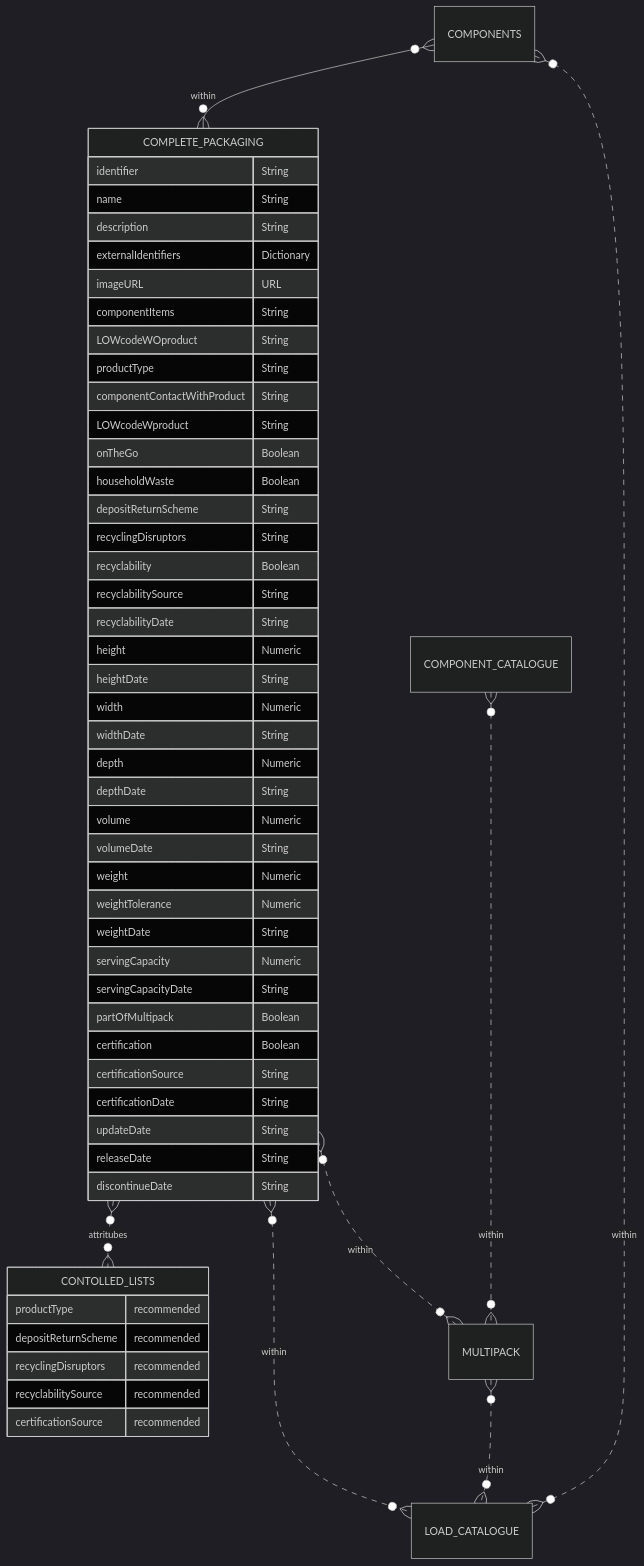
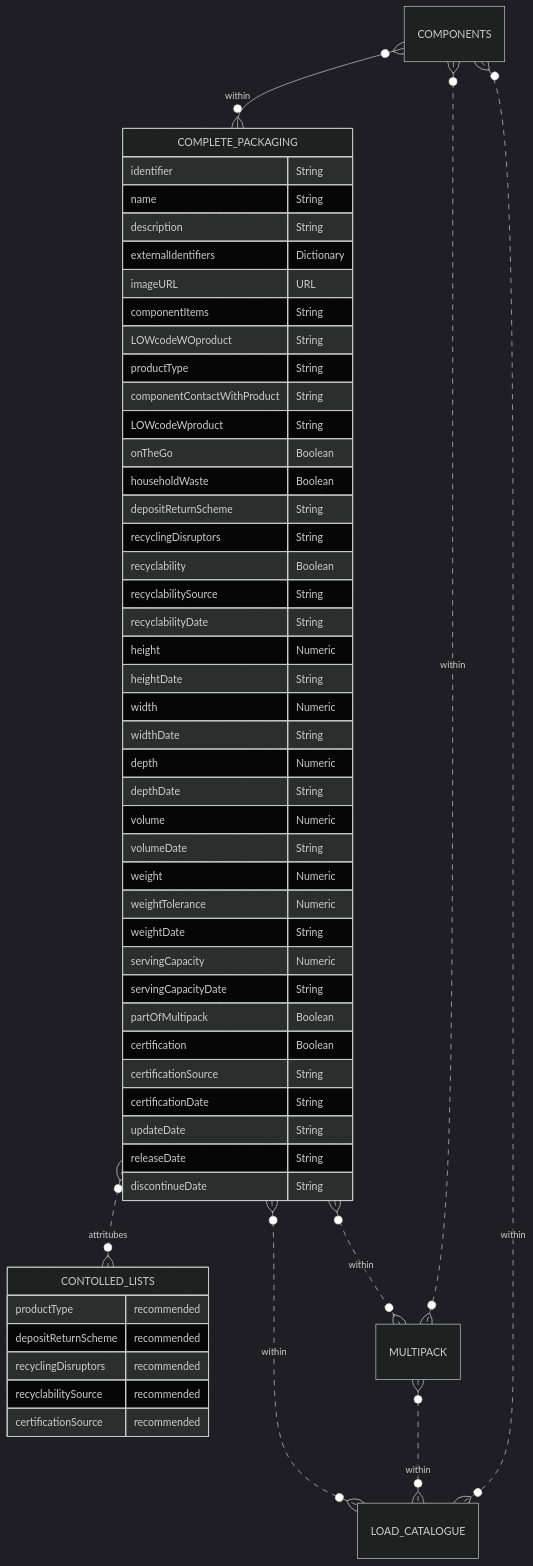
The diagram in docs/3_Data_Specification/3_4_Complete_Packaging.md (OpenDataManchester/Open3P), drawn with Mermaid (dark theme) before and after one commit.

Commit message:
Fixed schema

````diff
--- a/docs/3_Data_Specification/3_4_Complete_Packaging.md
+++ b/docs/3_Data_Specification/3_4_Complete_Packaging.md
@@ -52,56 +52,56 @@
 ``` mermaid
 erDiagram
 COMPONENTS }o--o{ COMPLETE_PACKAGING : within
   COMPLETE_PACKAGING {
     identifier String
     name String
     description String
     externalIdentifiers Dictionary
     imageURL URL
     componentItems String
     LOWcodeWOproduct String
     productType String
     componentContactWithProduct String
     LOWcodeWproduct String
     onTheGo Boolean
     householdWaste Boolean
     depositReturnScheme String
     recyclingDisruptors String
     recyclability Boolean
     recyclabilitySource String
     recyclabilityDate String
     height Numeric
     heightDate String
     width Numeric
     widthDate String
     depth Numeric
     depthDate String
     volume Numeric
     volumeDate String
     weight Numeric
     weightTolerance Numeric
     weightDate String
     servingCapacity Numeric
     servingCapacityDate String
     partOfMultipack Boolean
     certification Boolean
     certificationSource String
     certificationDate String
     updateDate String
     releaseDate String
     discontinueDate String
   }
   COMPLETE_PACKAGING }o..o{ CONTOLLED_LISTS : attritubes
   COMPLETE_PACKAGING }o..o{ MULTIPACK : within
-  COMPONENT_CATALOGUE }o..o{ MULTIPACK : within
+  COMPONENTS }o..o{ MULTIPACK : within
   COMPLETE_PACKAGING }o..o{ LOAD_CATALOGUE : within
   MULTIPACK }o..o{ LOAD_CATALOGUE : within
   COMPONENTS }o..o{ LOAD_CATALOGUE : within
       CONTOLLED_LISTS {
     productType recommended
     depositReturnScheme recommended
     recyclingDisruptors recommended
     recyclabilitySource recommended
     certificationSource recommended
   }
 ```
````
